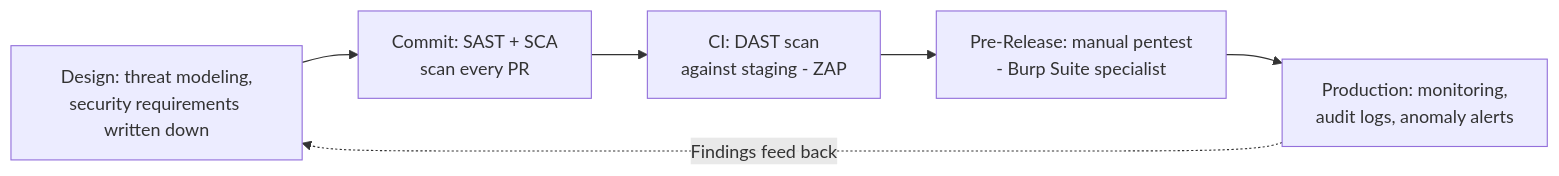
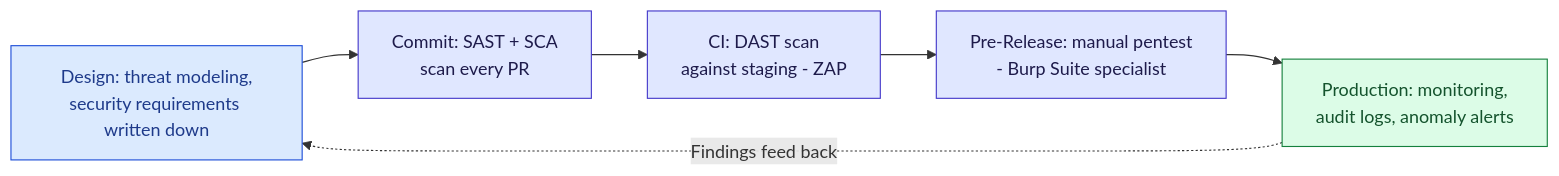
One commit to ghanendra-sdet/non-functional-testing-playbook changed the diagram in Part_05_Security_Testing_PenTesting_DevSecOps.md. Above: the diagram before and after it, drawn with Mermaid. The commit also changed other lines of this file and 15 other files, not shown here.

Commit message:
Fix ToC anchors and theme re-render; update to OWASP 2025, WCAG 2.2, PCI DSS 4.0.1; style diagrams

````diff
--- a/Part_05_Security_Testing_PenTesting_DevSecOps.md
+++ b/Part_05_Security_Testing_PenTesting_DevSecOps.md
@@ -241,8 +247,17 @@
 ```mermaid
 graph LR
     A[Design: threat modeling,<br/>security requirements written down] --> B[Commit: SAST + SCA<br/>scan every PR]
     B --> C[CI: DAST scan<br/>against staging - ZAP]
     C --> D[Pre-Release: manual pentest<br/>- Burp Suite specialist]
     D --> E[Production: monitoring,<br/>audit logs, anomaly alerts]
     E -.->|Findings feed back| A
+
+    classDef start fill:#dbeafe,stroke:#1d4ed8,color:#1e3a8a
+    classDef step fill:#e0e7ff,stroke:#4338ca,color:#1e1b4b
+    classDef decision fill:#fef3c7,stroke:#b45309,color:#78350f
+    classDef good fill:#dcfce7,stroke:#15803d,color:#14532d
+    classDef bad fill:#fee2e2,stroke:#b91c1c,color:#7f1d1d
+    class A start
+    class B,C,D step
+    class E good
 ```
````
